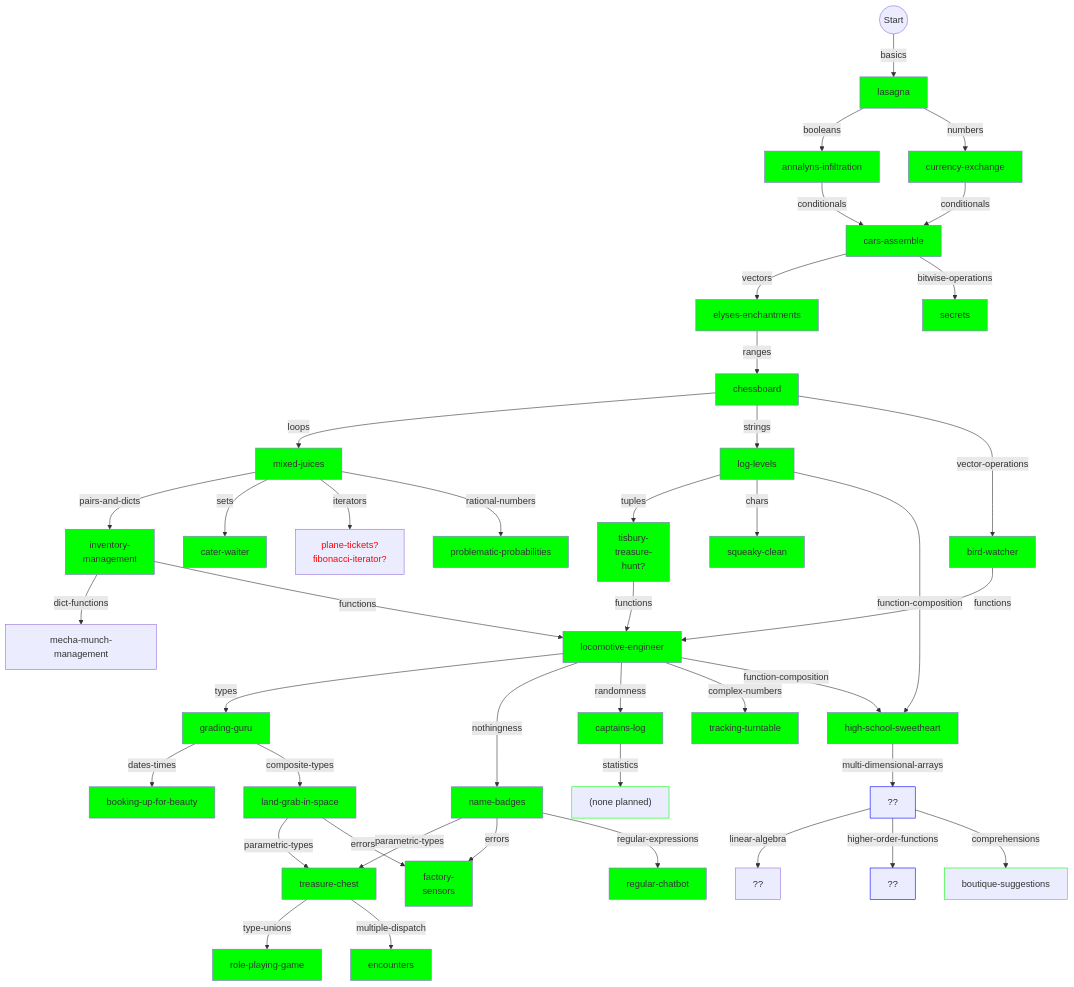
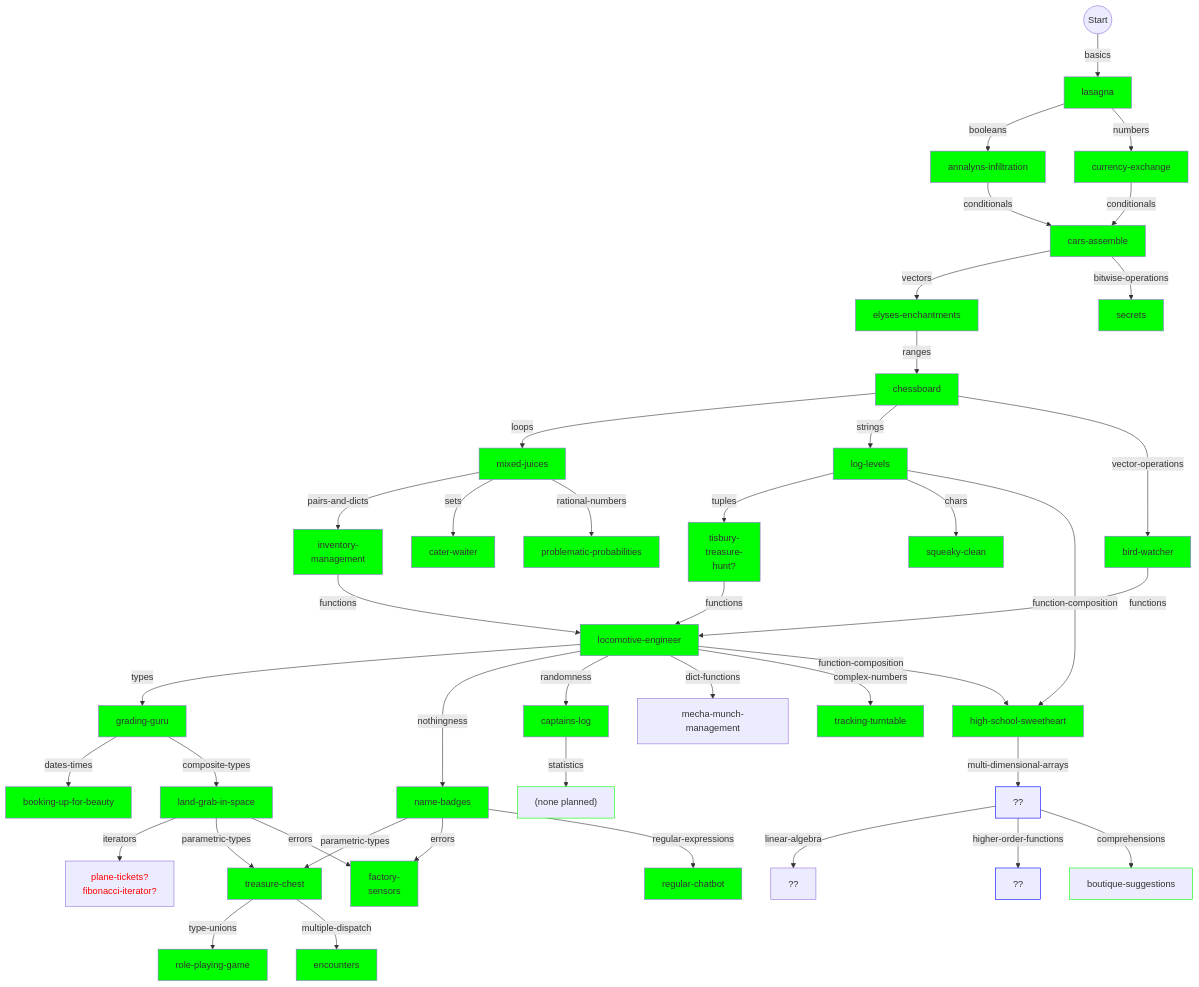
One commit to colinleach/learning-track-doodles changed the diagram in julia/flowchart.md. Above: the diagram before and after it, drawn with Mermaid. The commit also changed 3 other files, not shown here.

```diff
--- a/julia/flowchart.md
+++ b/julia/flowchart.md
@@ -29,13 +29,15 @@
 types --composite-types--> composite-types["land-grab-in-space"]
 style composite-types  fill:#0f0
 
+composite-types --iterators--> iterators["plane-tickets?<br/>fibonacci-iterator?"]
+style iterators color:#f00
+
 composite-types --parametric-types--> parametric-types["treasure-chest"]
 nothingness --parametric-types--> parametric-types["treasure-chest"]
 style parametric-types  fill:#0f0
 
 parametric-types --type-unions--> type-unions["role-playing-game"]
 style type-unions fill:#0f0
-
 
 booleans --conditionals--> conditionals["cars-assemble"]
 style conditionals fill:#0f0
@@ -79,9 +81,6 @@
 strings --chars--> chars["squeaky-clean"]
 style chars fill:#0f0
 
-loops --iterators--> iterators["plane-tickets?<br/>fibonacci-iterator?"]
-style iterators color:#f00
-
 conditionals --bitwise-operations--> bitwise-operations["secrets"]
 style bitwise-operations fill:#0f0
 
@@ -91,7 +90,7 @@
 multi-dimensional-arrays --linear-algebra--> linear-algebra["??"]
 %%style linear-algebra stroke:#00f
 
-pairs-and-dicts --dict-functions--> dict-functions["mecha-munch-management"]
+functions --dict-functions--> dict-functions["mecha-munch-management"]
 %% style dict-functions stroke:#00f
 
 pairs-and-dicts --functions--> functions["locomotive-engineer"]
```
